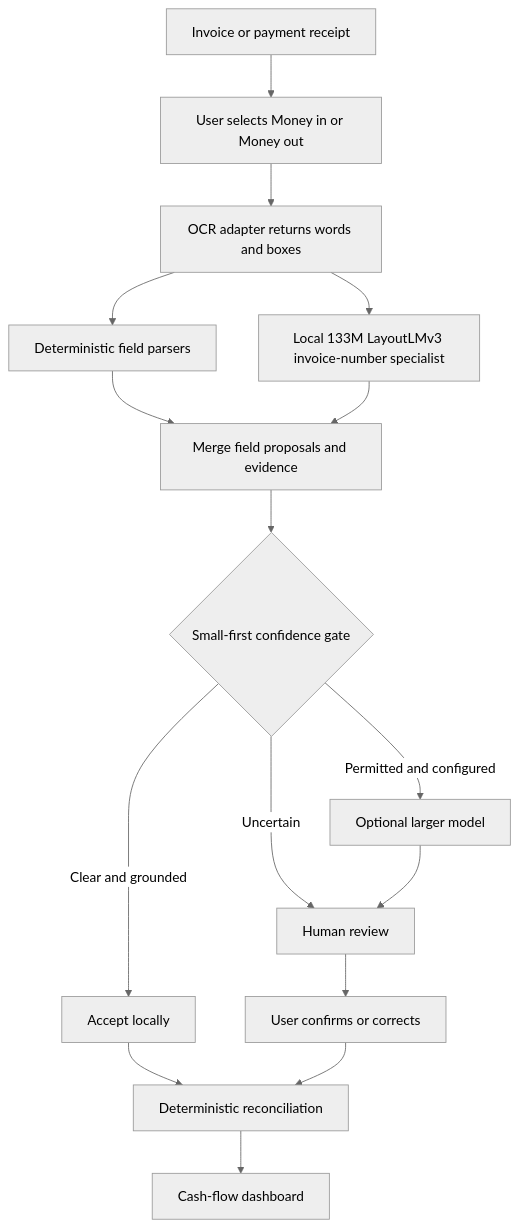
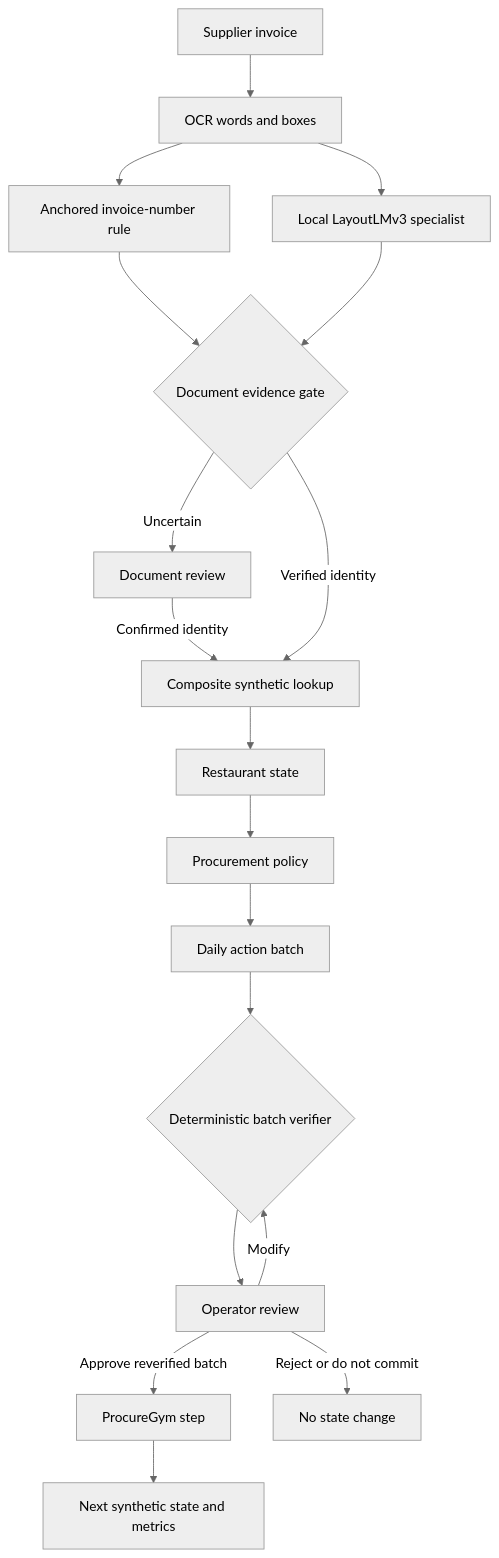
One commit to sasap91/invoiceagent changed the first of 2 diagrams in docs/PRD.md. Above: the diagram before and after it, drawn with Mermaid (neutral theme). The commit also changed other lines of this file, not shown here.

Commit message:
docs: pivot MVP to ProcureAgent

````diff
--- a/docs/PRD.md
+++ b/docs/PRD.md
@@ -228,18 +164,20 @@
-```mermaid
+~~~mermaid
 flowchart TD
-    Upload[Invoice or payment receipt] --> Lane[User selects Money in or Money out]
-    Lane --> OCR[OCR adapter returns words and boxes]
-    OCR --> Rules[Deterministic field parsers]
-    OCR --> Specialist[Local 133M LayoutLMv3 invoice-number specialist]
-    Rules --> Merge[Merge field proposals and evidence]
-    Specialist --> Merge
-    Merge --> Gate{Small-first confidence gate}
-    Gate -->|Clear and grounded| Accept[Accept locally]
-    Gate -->|Uncertain| Review[Human review]
-    Gate -->|Permitted and configured| Escalate[Optional larger model]
-    Escalate --> Review
-    Review --> Confirm[User confirms or corrects]
-    Accept --> Reconcile[Deterministic reconciliation]
-    Confirm --> Reconcile
-    Reconcile --> Ledger[Cash-flow dashboard]
-```
+    A[Supplier invoice] --> B[OCR words and boxes]
+    B --> C[Anchored invoice-number rule]
+    B --> D[Local LayoutLMv3 specialist]
+    C --> E{Document evidence gate}
+    D --> E
+    E -->|Uncertain| F[Document review]
+    F -->|Confirmed identity| G[Composite synthetic lookup]
+    E -->|Verified identity| G
+    G --> H[Restaurant state]
+    H --> I[Procurement policy]
+    I --> J[Daily action batch]
+    J --> K{Deterministic batch verifier}
+    K --> L[Operator review]
+    L -->|Modify| K
+    L -->|Approve reverified batch| M[ProcureGym step]
+    L -->|Reject or do not commit| N[No state change]
+    M --> O[Next synthetic state and metrics]
+~~~
````
